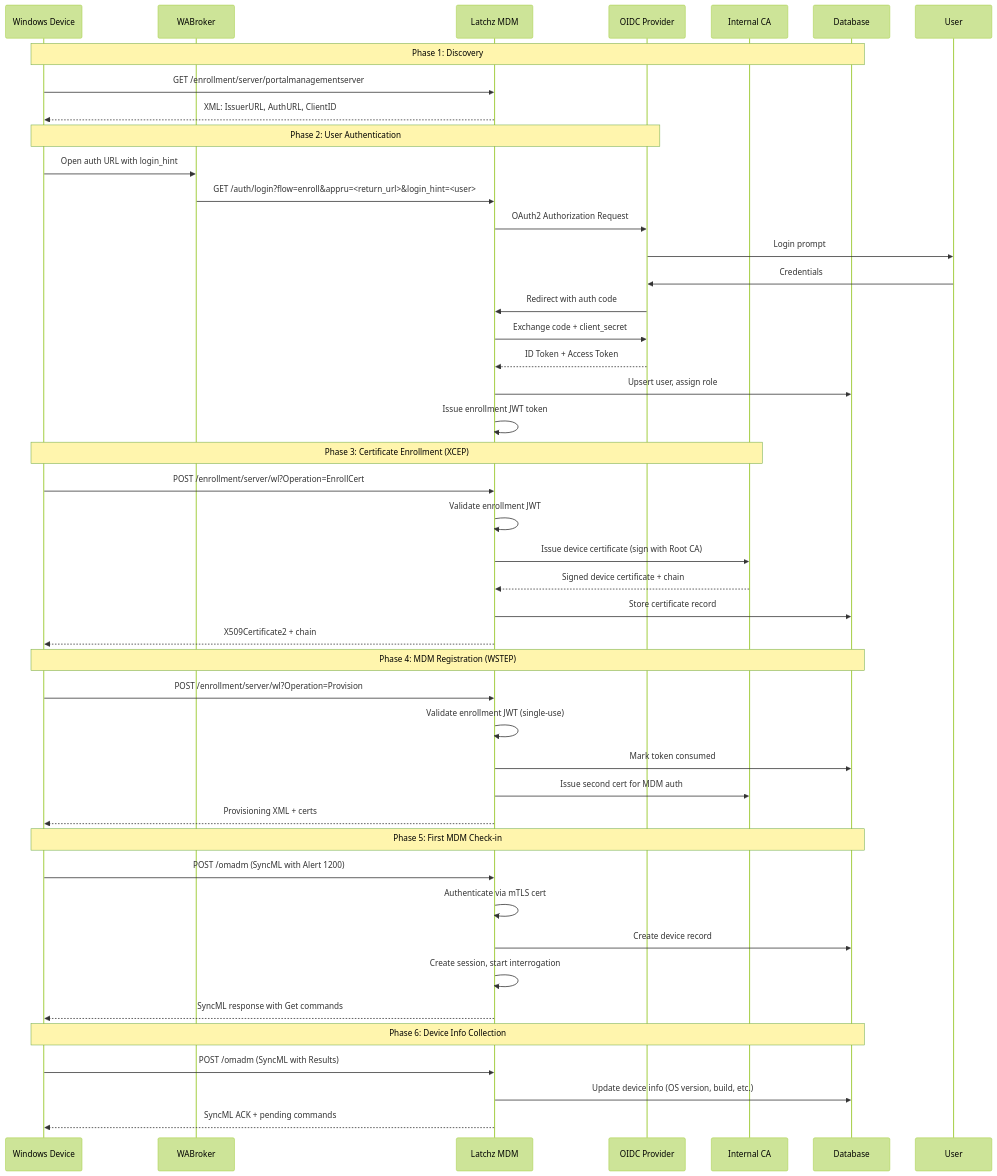
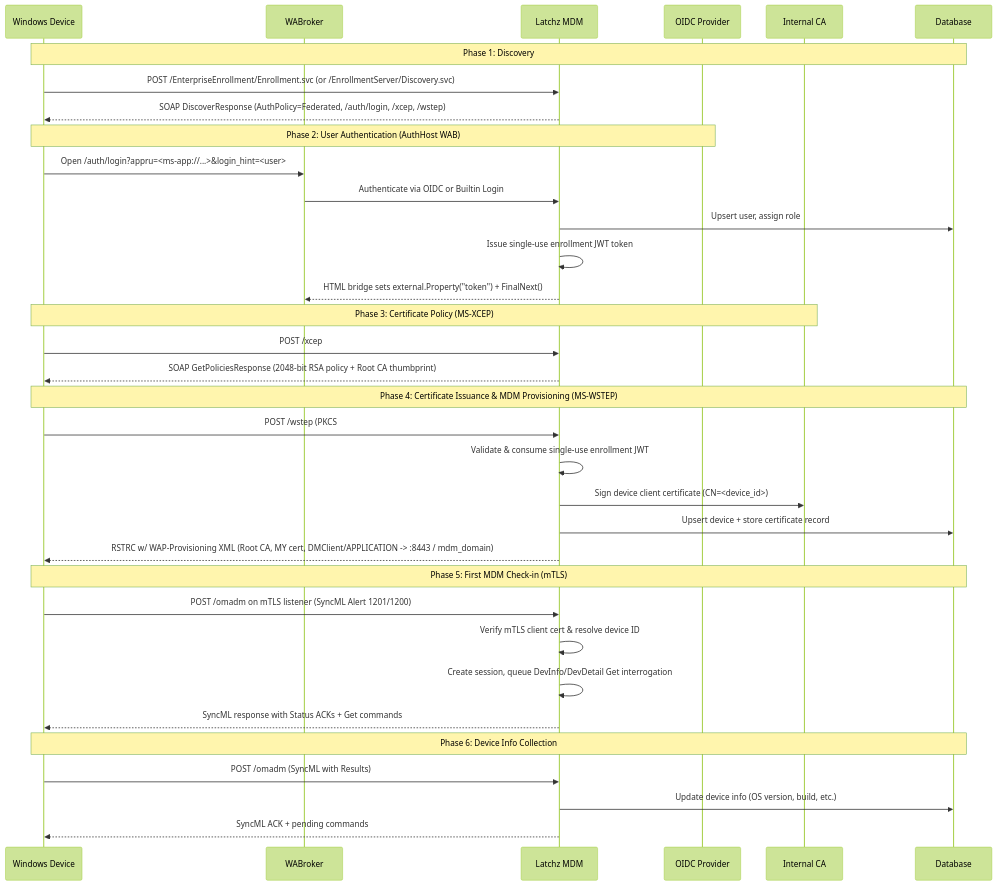
Before and after one commit to mjoliver/Windows-MDM: the fourth of 23 diagrams in docs/architecture.md, drawn with Mermaid (forest theme). The commit also changed other lines of this file and 12 other files, not shown here.

Commit message:
docs,enrollment: align LatchzMDM provider ID and document dual-listener mTLS architecture

````diff
--- a/docs/architecture.md
+++ b/docs/architecture.md
@@ -250,52 +250,42 @@
 ```mermaid
 sequenceDiagram
     participant D as Windows Device
     participant WAB as WABroker
     participant S as Latchz MDM
     participant IdP as OIDC Provider
     participant PKI as Internal CA
     participant DB as Database
 
     Note over D, DB: Phase 1: Discovery
-    D->>S: GET /enrollment/server/portalmanagementserver
-    S-->>D: XML: IssuerURL, AuthURL, ClientID
+    D->>S: POST /EnterpriseEnrollment/Enrollment.svc (or /EnrollmentServer/Discovery.svc)
+    S-->>D: SOAP DiscoverResponse (AuthPolicy=Federated, /auth/login, /xcep, /wstep)
 
-    Note over D, IdP: Phase 2: User Authentication
-    D->>WAB: Open auth URL with login_hint
-    WAB->>S: GET /auth/login?flow=enroll&appru=<return_url>&login_hint=<user>
-    S->>IdP: OAuth2 Authorization Request
-    IdP->>User: Login prompt
-    User->>IdP: Credentials
-    IdP->>S: Redirect with auth code
-    S->>IdP: Exchange code + client_secret
-    IdP-->>S: ID Token + Access Token
+    Note over D, IdP: Phase 2: User Authentication (AuthHost WAB)
+    D->>WAB: Open /auth/login?appru=<ms-app://...>&login_hint=<user>
+    WAB->>S: Authenticate via OIDC or Builtin Login
     S->>DB: Upsert user, assign role
-    S->>S: Issue enrollment JWT token
+    S->>S: Issue single-use enrollment JWT token
+    S-->>WAB: HTML bridge sets external.Property("token") + FinalNext()
 
-    Note over D, PKI: Phase 3: Certificate Enrollment (XCEP)
-    D->>S: POST /enrollment/server/wl?Operation=EnrollCert
-    S->>S: Validate enrollment JWT
-    S->>PKI: Issue device certificate (sign with Root CA)
-    PKI-->>S: Signed device certificate + chain
-    S->>DB: Store certificate record
-    S-->>D: X509Certificate2 + chain
+    Note over D, PKI: Phase 3: Certificate Policy (MS-XCEP)
+    D->>S: POST /xcep
+    S-->>D: SOAP GetPoliciesResponse (2048-bit RSA policy + Root CA thumbprint)
 
-    Note over D, DB: Phase 4: MDM Registration (WSTEP)
-    D->>S: POST /enrollment/server/wl?Operation=Provision
-    S->>S: Validate enrollment JWT (single-use)
-    S->>DB: Mark token consumed
-    S->>PKI: Issue second cert for MDM auth
-    S-->>D: Provisioning XML + certs
+    Note over D, DB: Phase 4: Certificate Issuance & MDM Provisioning (MS-WSTEP)
+    D->>S: POST /wstep (PKCS#10 CSR + WS-Security enrollment JWT)
+    S->>S: Validate & consume single-use enrollment JWT
+    S->>PKI: Sign device client certificate (CN=<device_id>)
+    S->>DB: Upsert device + store certificate record
+    S-->>D: RSTRC w/ WAP-Provisioning XML (Root CA, MY cert, DMClient/APPLICATION -> :8443 / mdm_domain)
 
-    Note over D, DB: Phase 5: First MDM Check-in
-    D->>S: POST /omadm (SyncML with Alert 1200)
-    S->>S: Authenticate via mTLS cert
-    S->>DB: Create device record
-    S->>S: Create session, start interrogation
-    S-->>D: SyncML response with Get commands
+    Note over D, DB: Phase 5: First MDM Check-in (mTLS)
+    D->>S: POST /omadm on mTLS listener (SyncML Alert 1201/1200)
+    S->>S: Verify mTLS client cert & resolve device ID
+    S->>S: Create session, queue DevInfo/DevDetail Get interrogation
+    S-->>D: SyncML response with Status ACKs + Get commands
 
     Note over D, DB: Phase 6: Device Info Collection
     D->>S: POST /omadm (SyncML with Results)
     S->>DB: Update device info (OS version, build, etc.)
     S-->>D: SyncML ACK + pending commands
 ```
````
